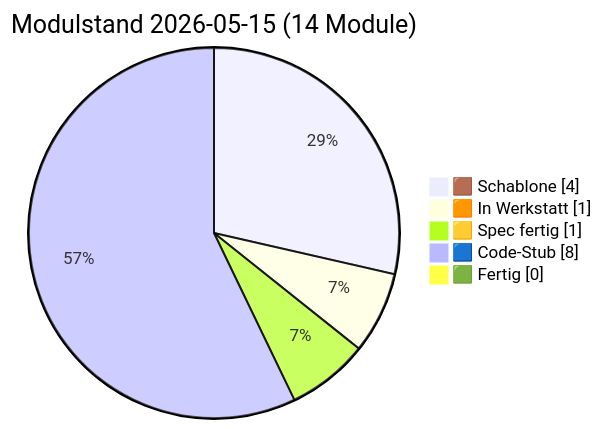
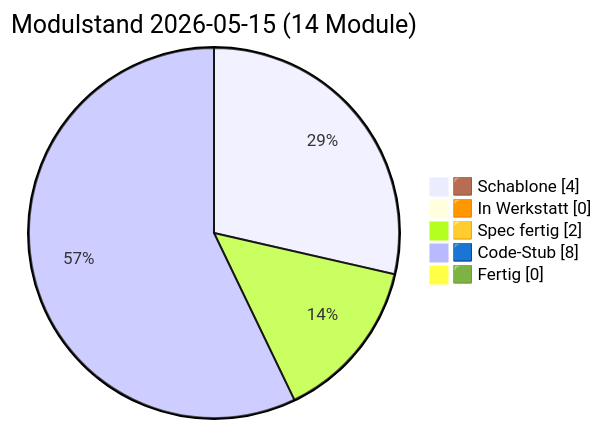
The diagram in docs/PULS.md (lausiklauskn-png/Sage-Protokol), drawn with Mermaid before and after one commit. The commit also changed other lines of this file and 5 other files, not shown here.

````diff
--- a/docs/PULS.md
+++ b/docs/PULS.md
@@ -16,9 +16,9 @@
 ```mermaid
 pie showData
   title Modulstand 2026-05-15 (14 Module)
   "🟫 Schablone" : 4
-  "🟧 In Werkstatt" : 1
-  "🟨 Spec fertig" : 1
+  "🟧 In Werkstatt" : 0
+  "🟨 Spec fertig" : 2
   "🟦 Code-Stub" : 8
   "🟩 Fertig" : 0
 ```
````
